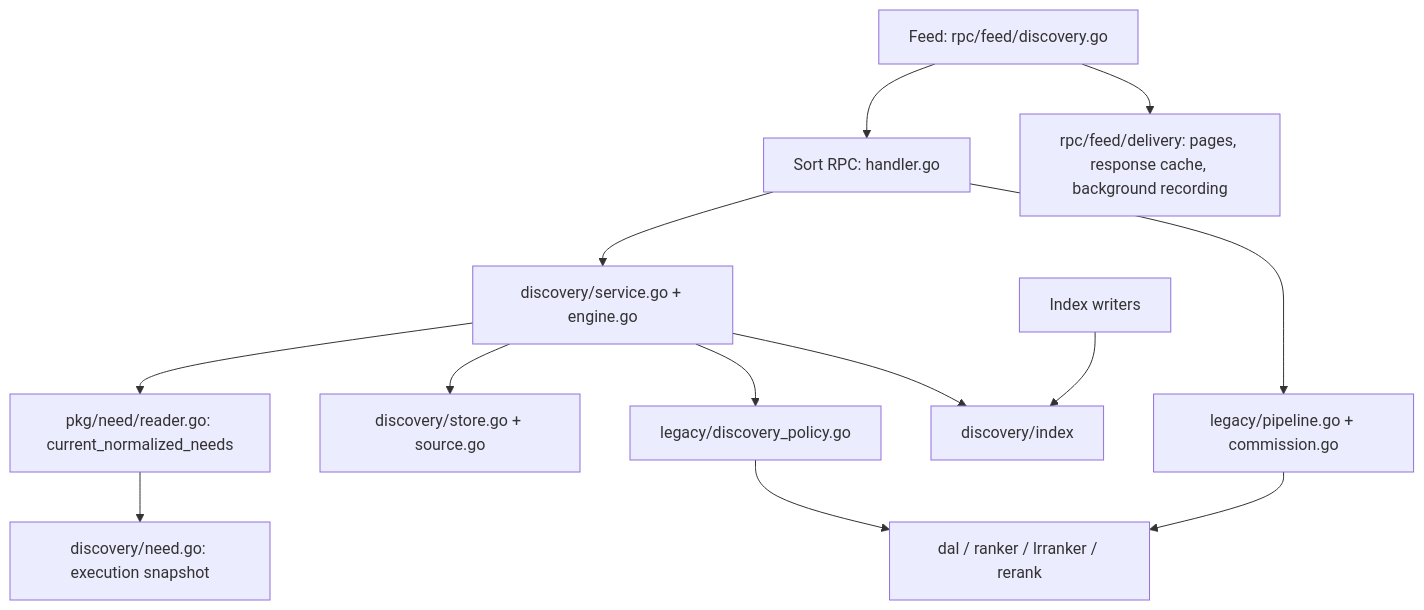
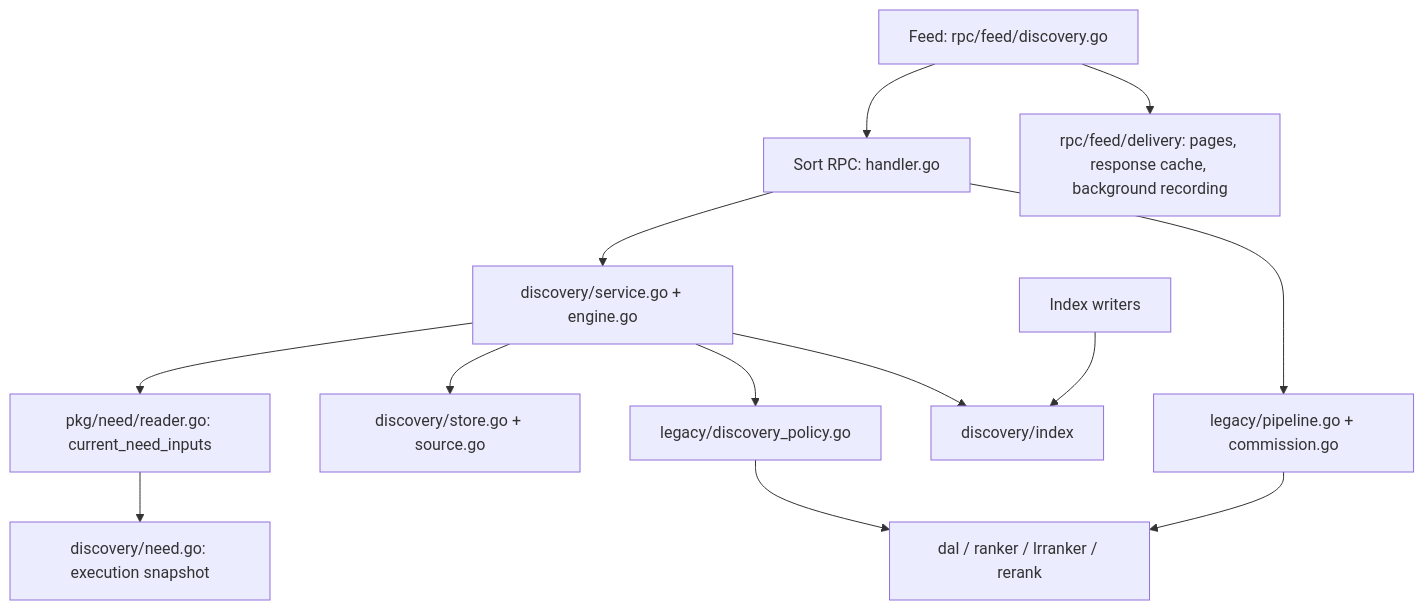
Before and after one commit to phronesis-io/eigenflux: the diagram in rpc/sort/README.md, drawn with Mermaid. The commit also changed other lines of this file and 21 other files, not shown here.

Commit message:
fix(discovery): consume direct Need inputs after main rebase

````diff
--- a/rpc/sort/README.md
+++ b/rpc/sort/README.md
@@ -46,15 +46,15 @@
 ```mermaid
 flowchart TD
     RPC[Sort RPC: handler.go] --> D[discovery/service.go + engine.go]
     RPC --> L[legacy/pipeline.go + commission.go]
-    D --> N[pkg/need/reader.go: current_normalized_needs]
+    D --> N[pkg/need/reader.go: current_need_inputs]
     N --> C[discovery/need.go: execution snapshot]
     D --> S[discovery/store.go + source.go]
     D --> P[legacy/discovery_policy.go]
     L --> R[dal / ranker / lrranker / rerank]
     P --> R
     D --> I[discovery/index]
     W[Index writers] --> I
     F[Feed: rpc/feed/discovery.go] --> RPC
     F --> Delivery[rpc/feed/delivery: pages, response cache, background recording]
 ```
````
